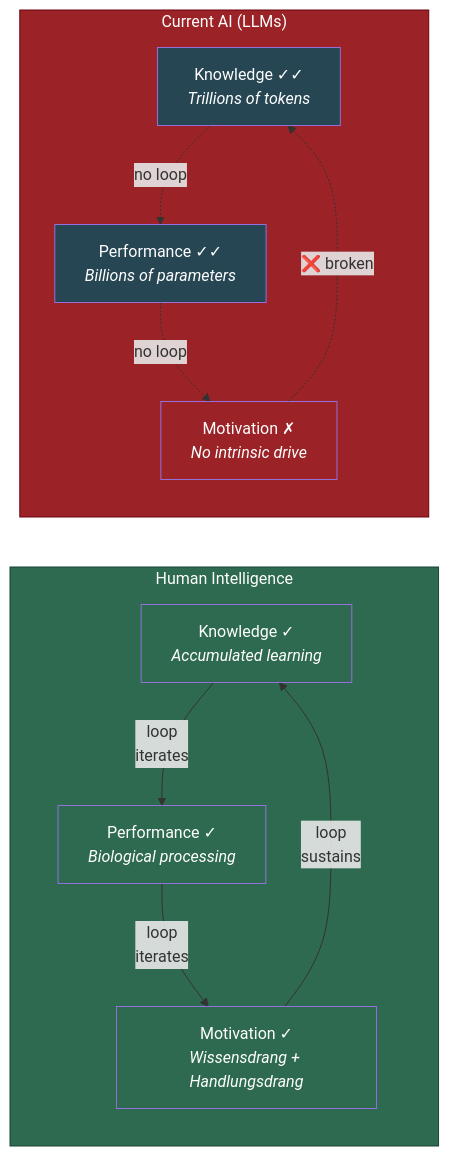
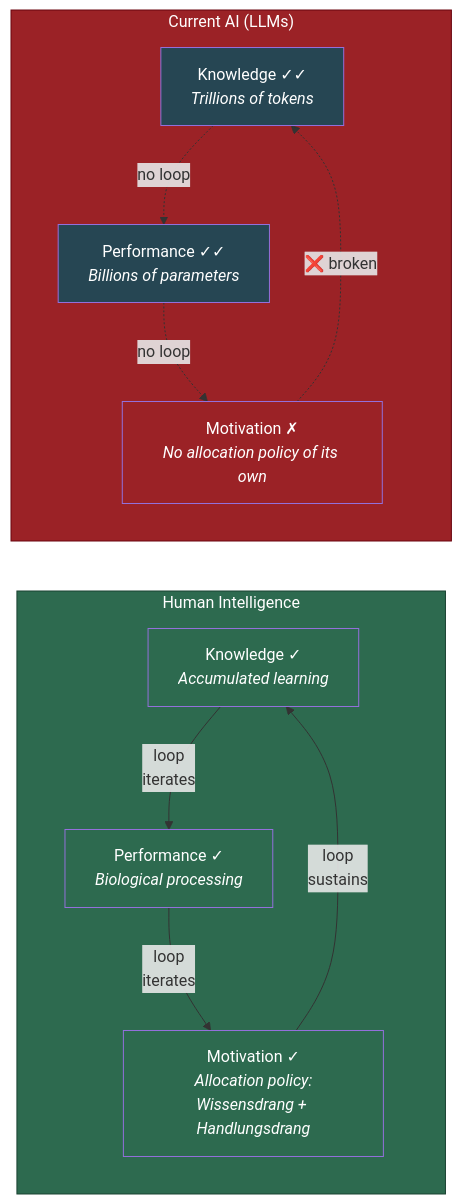
Before and after one commit to JeltzProstetnic/aIware: the diagram in wiki/ai-consciousness/ai-diagnostic.md, drawn with Mermaid. The commit also changed other lines of this file and 124 other files, not shown here.

````diff
--- a/wiki/ai-consciousness/ai-diagnostic.md
+++ b/wiki/ai-consciousness/ai-diagnostic.md
@@ -37,33 +39,33 @@
 ```mermaid
 graph LR
     subgraph Human["Human Intelligence"]
         direction TB
         HK["Knowledge ✓<br/><i>Accumulated learning</i>"]
         HP["Performance ✓<br/><i>Biological processing</i>"]
-        HM["Motivation ✓<br/><i>Wissensdrang + Handlungsdrang</i>"]
+        HM["Motivation ✓<br/><i>Allocation policy:<br/>Wissensdrang + Handlungsdrang</i>"]
     end
 
     subgraph AI["Current AI (LLMs)"]
         direction TB
         AK["Knowledge ✓✓<br/><i>Trillions of tokens</i>"]
         AP["Performance ✓✓<br/><i>Billions of parameters</i>"]
-        AM["Motivation ✗<br/><i>No intrinsic drive</i>"]
+        AM["Motivation ✗<br/><i>No allocation policy of its own</i>"]
     end
 
     HK -->|"loop<br/>iterates"| HP
     HP -->|"loop<br/>iterates"| HM
     HM -->|"loop<br/>sustains"| HK
 
     AK -.->|"no loop"| AP
     AP -.->|"no loop"| AM
     AM -.->|"❌ broken"| AK
 
     style Human fill:#2d6a4f,color:#fff,stroke:#1b4332
     style AI fill:#9b2226,color:#fff,stroke:#6a040f
     style HK fill:#2d6a4f,color:#fff
     style HP fill:#2d6a4f,color:#fff
     style HM fill:#2d6a4f,color:#fff
     style AK fill:#264653,color:#fff
     style AP fill:#264653,color:#fff
     style AM fill:#9b2226,color:#fff
 ```
````
